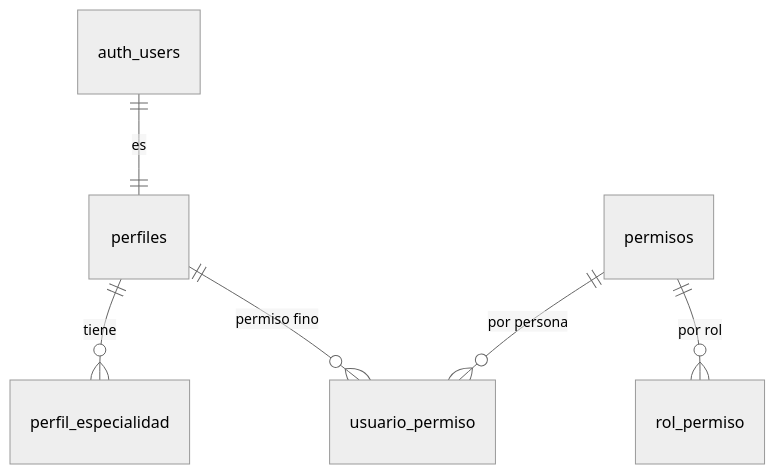
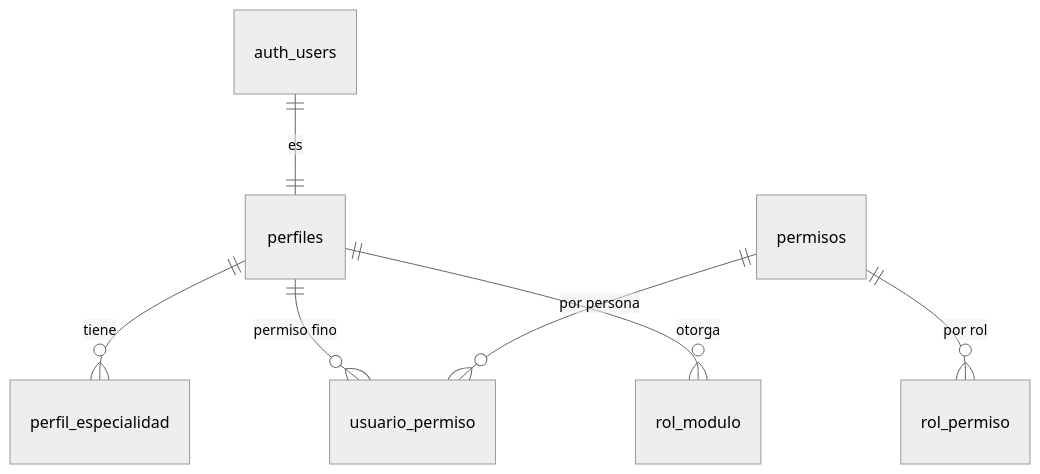
The second of 6 diagrams in docs/MODELO-DE-DATOS.md (URL-ECOPAC/Ecopac-Digital), drawn with Mermaid (neutral theme) before and after one commit. The commit also changed other lines of this file and 153 other files, not shown here.

````diff
--- a/docs/MODELO-DE-DATOS.md
+++ b/docs/MODELO-DE-DATOS.md
@@ -153,8 +153,9 @@
 ```mermaid
 erDiagram
     auth_users ||--|| perfiles : "es"
     perfiles ||--o{ perfil_especialidad : tiene
     perfiles ||--o{ usuario_permiso : "permiso fino"
     permisos ||--o{ rol_permiso : "por rol"
     permisos ||--o{ usuario_permiso : "por persona"
+    perfiles ||--o{ rol_modulo : "otorga"
 ```
````
